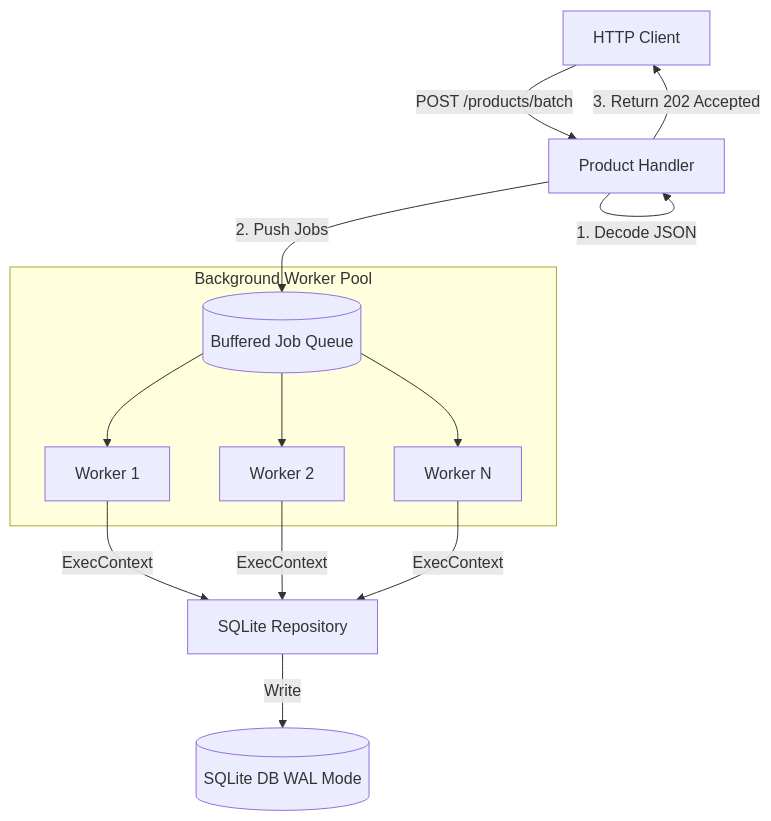
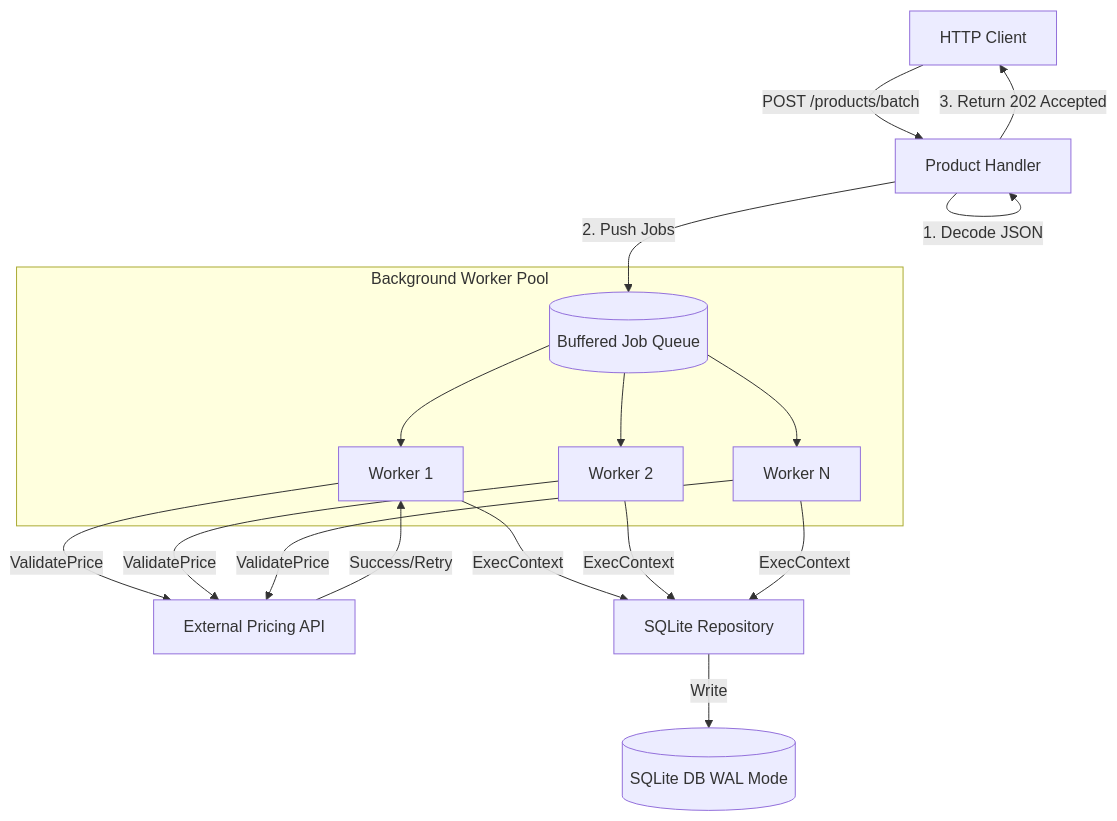
The diagram in README.md (hsummerhays/GolangRest), drawn with Mermaid before and after one commit. The commit also changed other lines of this file and 6 other files, not shown here.

Commit message:
feat: implement resilient external pricing client with retry, backoff, and jitter patterns

````diff
--- a/README.md
+++ b/README.md
@@ -40,19 +48,25 @@
 ```mermaid
 graph TD
     Client[HTTP Client] -->|POST /products/batch| Handler[Product Handler]
     Handler -->|1. Decode JSON| Handler
     Handler -->|2. Push Jobs| Queue[(Buffered Job Queue)]
     Handler -->|3. Return 202 Accepted| Client
     
     subgraph "Background Worker Pool"
     Queue --> Worker1[Worker 1]
     Queue --> Worker2[Worker 2]
     Queue --> Worker3[Worker N]
     end
     
+    Worker1 -->|ValidatePrice| Client1[External Pricing API]
+    Worker2 -->|ValidatePrice| Client1
+    Worker3 -->|ValidatePrice| Client1
+    
+    Client1 -->|Success/Retry| Worker1
+    
     Worker1 -->|ExecContext| Repo[SQLite Repository]
     Worker2 -->|ExecContext| Repo
     Worker3 -->|ExecContext| Repo
     
     Repo -->|Write| DB[(SQLite DB WAL Mode)]
 ```
````
